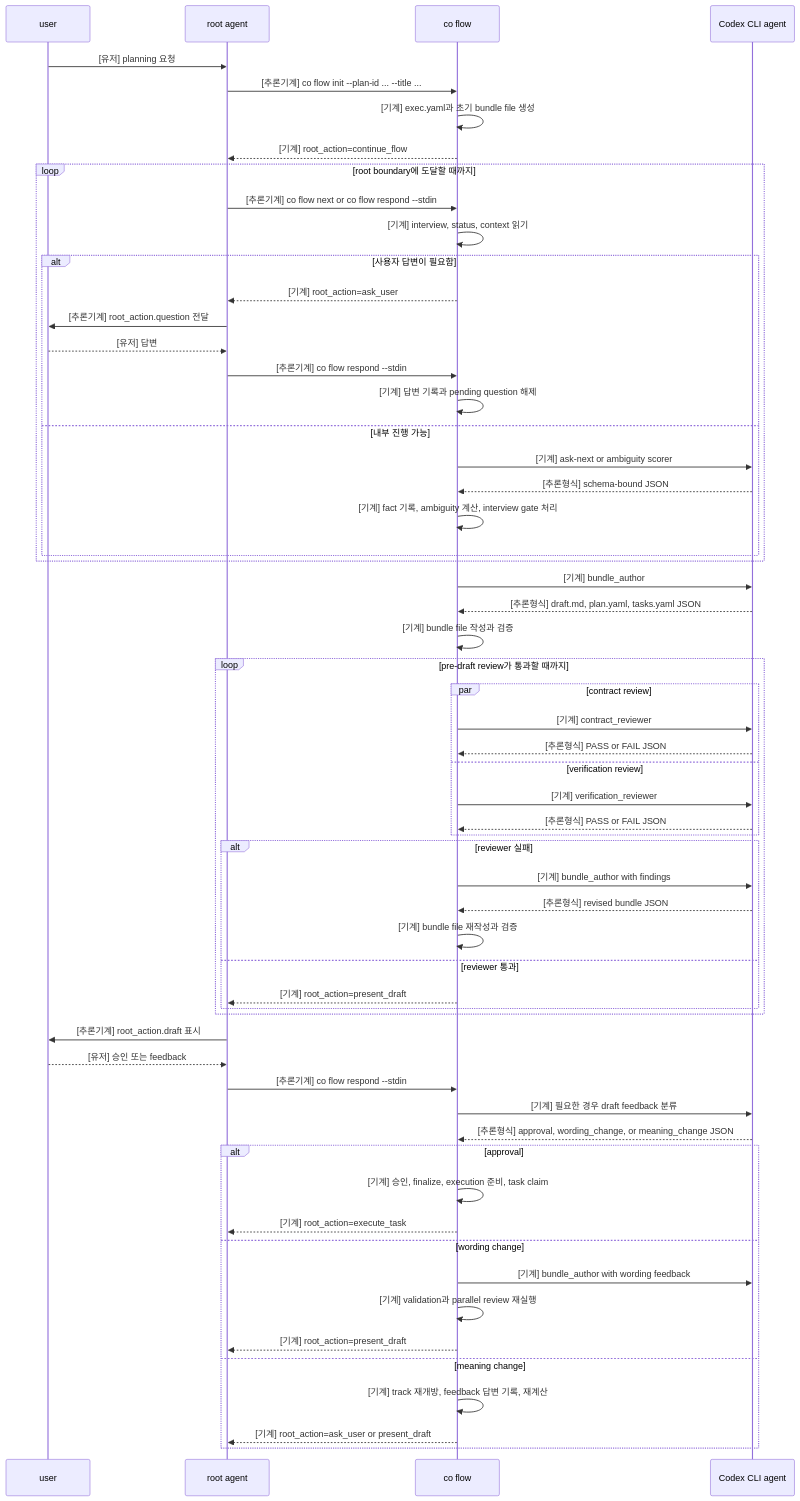
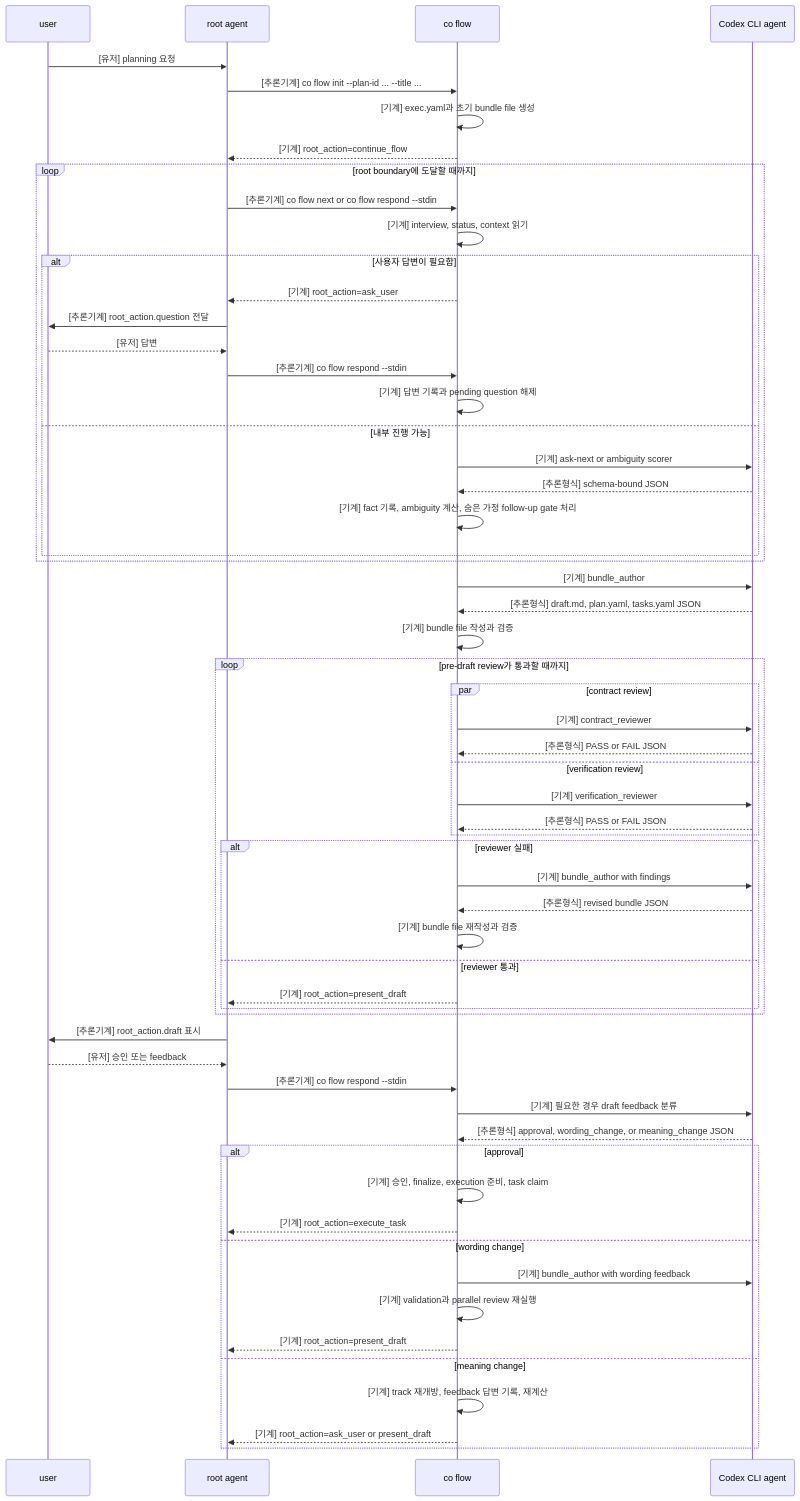
One commit to mym0404/coflow changed the first of 2 diagrams in COPLAN.md. Above: the diagram before and after it, drawn with Mermaid. The commit also changed other lines of this file and 14 other files, not shown here.

````diff
--- a/COPLAN.md
+++ b/COPLAN.md
@@ -8,66 +8,66 @@
 ```mermaid
 sequenceDiagram
   participant User as user
   participant Root as root agent
   participant Co as co flow
   participant Agent as Codex CLI agent
 
   User->>Root: [유저] planning 요청
   Root->>Co: [추론기계] co flow init --plan-id ... --title ...
   Co->>Co: [기계] exec.yaml과 초기 bundle file 생성
   Co-->>Root: [기계] root_action=continue_flow
 
   loop root boundary에 도달할 때까지
     Root->>Co: [추론기계] co flow next or co flow respond --stdin
     Co->>Co: [기계] interview, status, context 읽기
     alt 사용자 답변이 필요함
       Co-->>Root: [기계] root_action=ask_user
       Root->>User: [추론기계] root_action.question 전달
       User-->>Root: [유저] 답변
       Root->>Co: [추론기계] co flow respond --stdin
       Co->>Co: [기계] 답변 기록과 pending question 해제
     else 내부 진행 가능
       Co->>Agent: [기계] ask-next or ambiguity scorer
       Agent-->>Co: [추론형식] schema-bound JSON
-      Co->>Co: [기계] fact 기록, ambiguity 계산, interview gate 처리
+      Co->>Co: [기계] fact 기록, ambiguity 계산, 숨은 가정 follow-up gate 처리
     end
   end
 
   Co->>Agent: [기계] bundle_author
   Agent-->>Co: [추론형식] draft.md, plan.yaml, tasks.yaml JSON
   Co->>Co: [기계] bundle file 작성과 검증
 
   loop pre-draft review가 통과할 때까지
     par contract review
       Co->>Agent: [기계] contract_reviewer
       Agent-->>Co: [추론형식] PASS or FAIL JSON
     and verification review
       Co->>Agent: [기계] verification_reviewer
       Agent-->>Co: [추론형식] PASS or FAIL JSON
     end
     alt reviewer 실패
       Co->>Agent: [기계] bundle_author with findings
       Agent-->>Co: [추론형식] revised bundle JSON
       Co->>Co: [기계] bundle file 재작성과 검증
     else reviewer 통과
       Co-->>Root: [기계] root_action=present_draft
     end
   end
 
   Root->>User: [추론기계] root_action.draft 표시
   User-->>Root: [유저] 승인 또는 feedback
   Root->>Co: [추론기계] co flow respond --stdin
   Co->>Agent: [기계] 필요한 경우 draft feedback 분류
   Agent-->>Co: [추론형식] approval, wording_change, or meaning_change JSON
   alt approval
     Co->>Co: [기계] 승인, finalize, execution 준비, task claim
     Co-->>Root: [기계] root_action=execute_task
   else wording change
     Co->>Agent: [기계] bundle_author with wording feedback
     Co->>Co: [기계] validation과 parallel review 재실행
     Co-->>Root: [기계] root_action=present_draft
   else meaning change
     Co->>Co: [기계] track 재개방, feedback 답변 기록, 재계산
     Co-->>Root: [기계] root_action=ask_user or present_draft
   end
 ```
````
